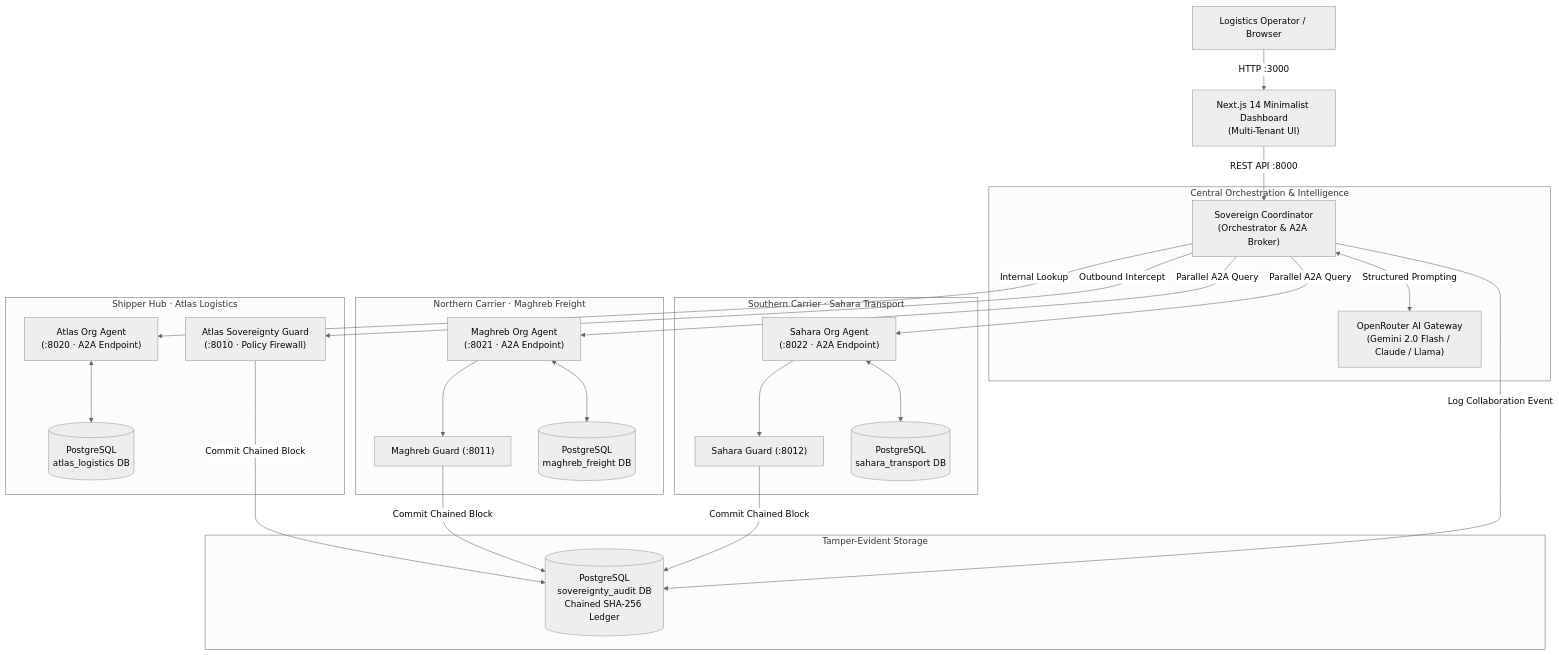
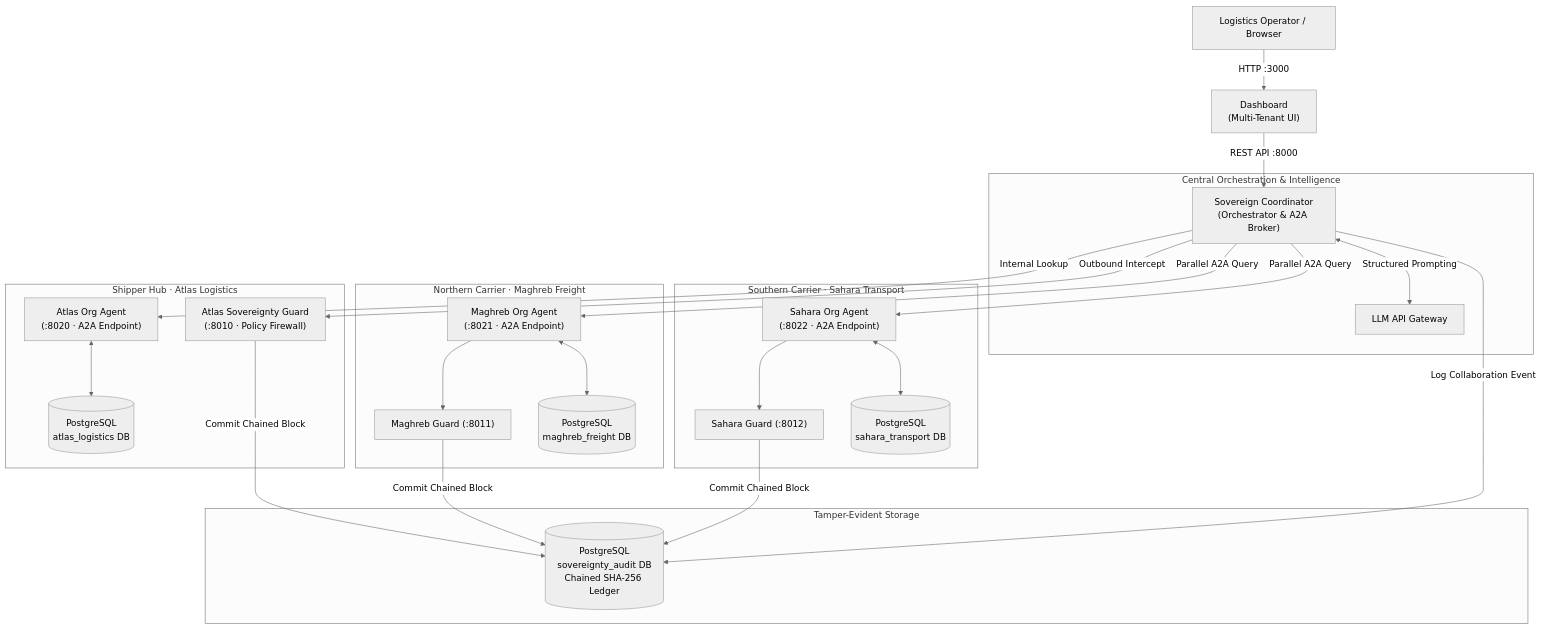
One commit to ussam-dri/Sovereign-Logistics-AI-Agents changed the diagram in README.md. Above: the diagram before and after it, drawn with Mermaid (neutral theme).

````diff
--- a/README.md
+++ b/README.md
@@ -62,50 +62,50 @@
 ```mermaid
 flowchart TD
-    User["Logistics Operator / Browser"] -->|"HTTP :3000"| FE["Next.js 14 Minimalist Dashboard\n(Multi-Tenant UI)"]
+    User["Logistics Operator / Browser"] -->|"HTTP :3000"| FE[" Dashboard\n(Multi-Tenant UI)"]
     FE -->|"REST API :8000"| Coord["Sovereign Coordinator\n(Orchestrator & A2A Broker)"]
 
     subgraph Central ["Central Orchestration & Intelligence"]
         Coord
-        LLM["OpenRouter AI Gateway\n(Gemini 2.0 Flash / Claude / Llama)"]
+        LLM["LLM API  Gateway"]
         Coord <-->|"Structured Prompting"| LLM
     end
 
     subgraph ShipperOrg ["Shipper Hub · Atlas Logistics"]
         AgentAtlas["Atlas Org Agent\n(:8020 · A2A Endpoint)"]
         GuardAtlas["Atlas Sovereignty Guard\n(:8010 · Policy Firewall)"]
         DBAtlas[("PostgreSQL\natlas_logistics DB")]
 
         AgentAtlas <--> DBAtlas
         Coord -->|"Internal Lookup"| AgentAtlas
         Coord -->|"Outbound Intercept"| GuardAtlas
     end
 
     subgraph CarrierNorth ["Northern Carrier · Maghreb Freight"]
         AgentMaghreb["Maghreb Org Agent\n(:8021 · A2A Endpoint)"]
         GuardMaghreb["Maghreb Guard (:8011)"]
         DBMaghreb[("PostgreSQL\nmaghreb_freight DB")]
 
         AgentMaghreb <--> DBMaghreb
         Coord -->|"Parallel A2A Query"| AgentMaghreb
         AgentMaghreb --> GuardMaghreb
     end
 
     subgraph CarrierSouth ["Southern Carrier · Sahara Transport"]
         AgentSahara["Sahara Org Agent\n(:8022 · A2A Endpoint)"]
         GuardSahara["Sahara Guard (:8012)"]
         DBSahara[("PostgreSQL\nsahara_transport DB")]
 
         AgentSahara <--> DBSahara
         Coord -->|"Parallel A2A Query"| AgentSahara
         AgentSahara --> GuardSahara
     end
 
     subgraph TamperEvident ["Tamper-Evident Storage"]
         DBAudit[("PostgreSQL\nsovereignty_audit DB\nChained SHA-256 Ledger")]
     end
 
     GuardAtlas -->|"Commit Chained Block"| DBAudit
     GuardMaghreb -->|"Commit Chained Block"| DBAudit
     GuardSahara -->|"Commit Chained Block"| DBAudit
     Coord -->|"Log Collaboration Event"| DBAudit
 ```
````
